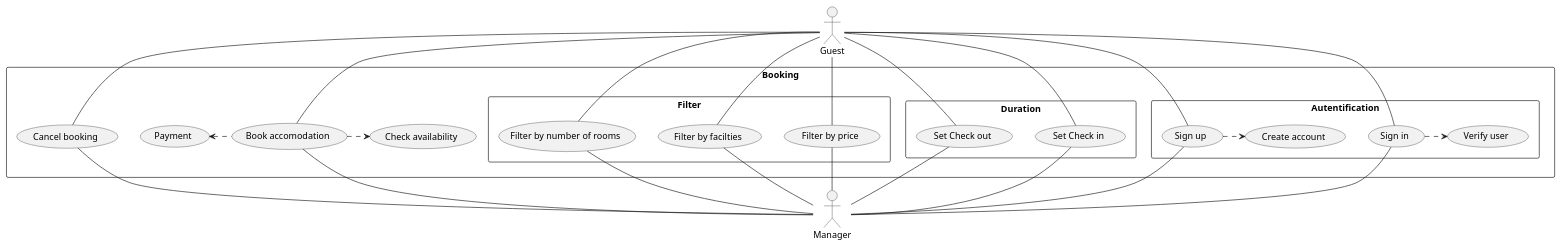
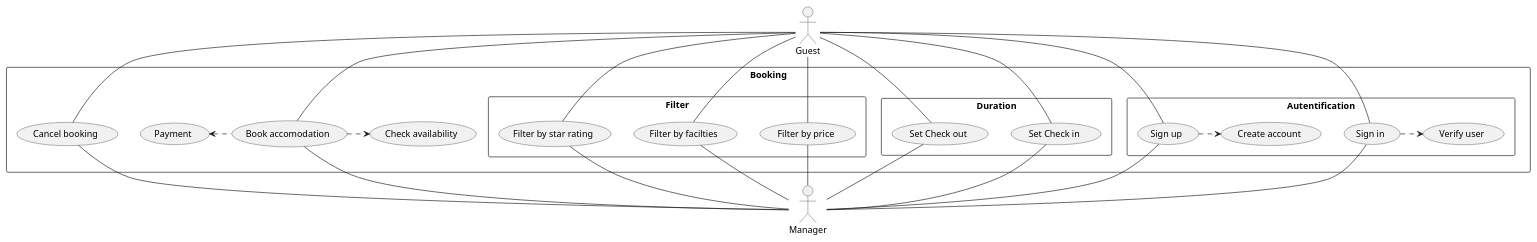
The diagram in template.wsd (marustas/UseCase-diagrams), drawn with PlantUML before and after one commit.

Commit message:
New packages added

```diff
--- a/template.wsd
+++ b/template.wsd
@@ -1,35 +1,35 @@
 @startuml Booking App
 skinparam packageStyle rectangle
 actor Guest
 actor Manager
 rectangle Booking {
     rectangle Autentification {
         Guest -- (Sign in)
         (Sign in)--Manager
         (Sign in).>(Verify user)
         Guest -- (Sign up)
         (Sign up)--Manager
         (Sign up).>(Create account)
     }
     rectangle Duration {
         Guest--(Set Check in)
         (Set Check in)--Manager
         Guest--(Set Check out)
         (Set Check out)--Manager
     }
     rectangle Filter {
         Guest--(Filter by price)
         (Filter by price)--Manager
         Guest--(Filter by facilties)
         (Filter by facilties)--Manager
-        Guest--(Filter by number of rooms)
-        (Filter by number of rooms)--Manager
+        Guest--(Filter by star rating)
+        (Filter by star rating)--Manager
     }
     Guest -- (Book accomodation)
     (Book accomodation) -- Manager
     Guest -- (Cancel booking)
     (Cancel booking) -- Manager
     (Payment) <. (Book accomodation)
     (Book accomodation) .> (Check availability)
 }
 @enduml
```
